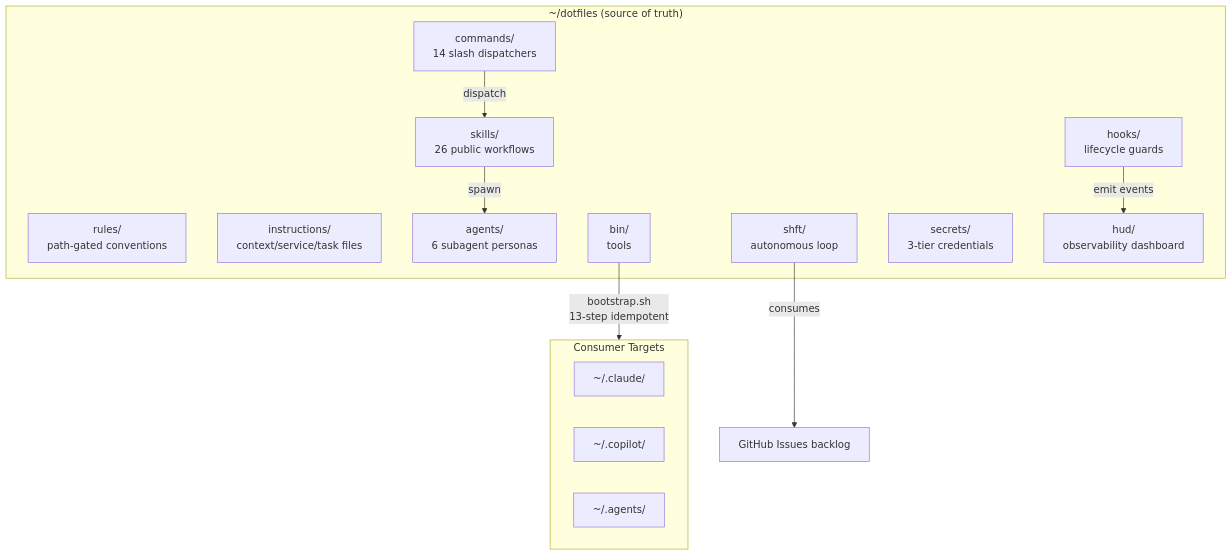
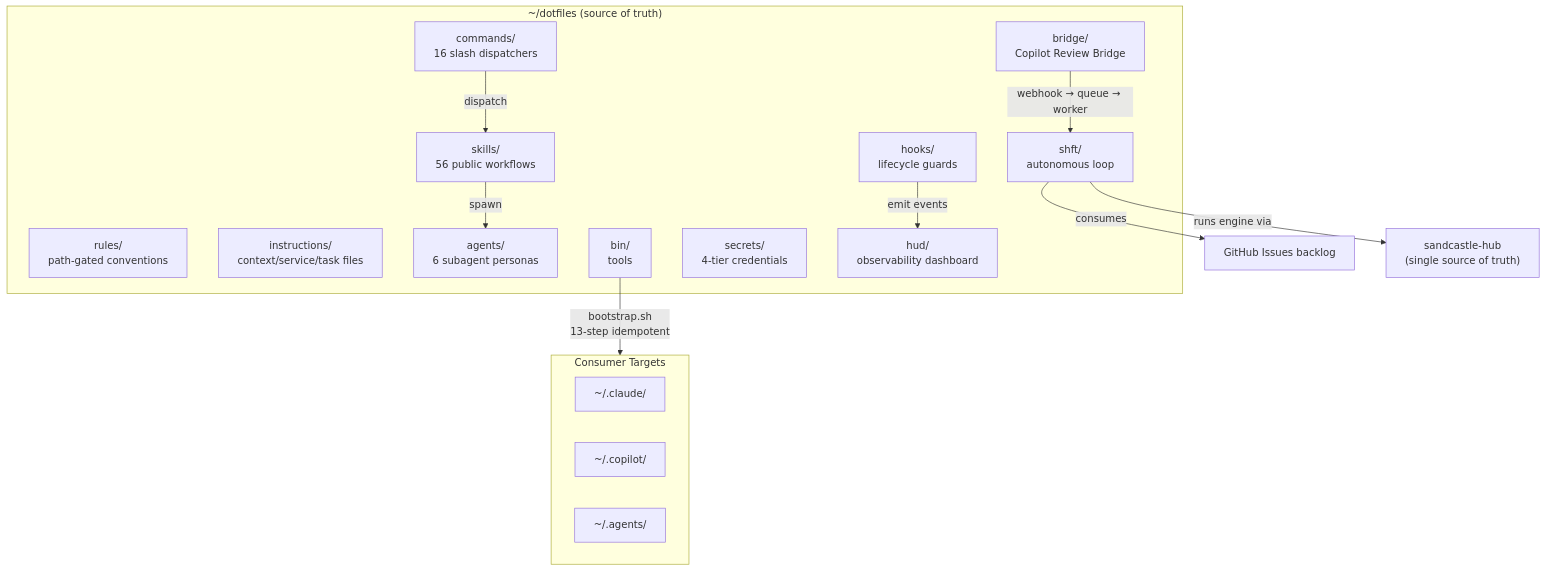
Before and after one commit to arndvs/ctrlshft: the diagram in docs/ARCHITECTURE.md, drawn with Mermaid. The commit also changed other lines of this file and 59 other files, not shown here.

````diff
--- a/docs/ARCHITECTURE.md
+++ b/docs/ARCHITECTURE.md
@@ -12,27 +12,30 @@
 ```mermaid
 graph TB
     subgraph "~/dotfiles (source of truth)"
         RULES["rules/<br/>path-gated conventions"]
         INST["instructions/<br/>context/service/task files"]
-        SKILLS["skills/<br/>26 public workflows"]
+        SKILLS["skills/<br/>56 public workflows"]
         AGENTS["agents/<br/>6 subagent personas"]
-        CMDS["commands/<br/>14 slash dispatchers"]
+        CMDS["commands/<br/>16 slash dispatchers"]
         HOOKS["hooks/<br/>lifecycle guards"]
         BIN["bin/<br/>tools"]
         SHFT["shft/<br/>autonomous loop"]
-        SECRETS["secrets/<br/>3-tier credentials"]
+        SECRETS["secrets/<br/>4-tier credentials"]
         HUD["hud/<br/>observability dashboard"]
+        BRIDGE["bridge/<br/>Copilot Review Bridge"]
     end
 
     BIN -->|"bootstrap.sh<br/>13-step idempotent"| CONSUMERS
     subgraph CONSUMERS["Consumer Targets"]
         CLAUDE["~/.claude/"]
         COPILOT["~/.copilot/"]
         AGENTSDIR["~/.agents/"]
     end
 
     CMDS -->|"dispatch"| SKILLS
     SKILLS -->|"spawn"| AGENTS
     HOOKS -->|"emit events"| HUD
     SHFT -->|"consumes"| ISSUES["GitHub Issues backlog"]
+    BRIDGE -->|"webhook → queue → worker"| SHFT
+    SHFT -->|"runs engine via"| HUB["sandcastle-hub<br/>(single source of truth)"]
 ```
````
